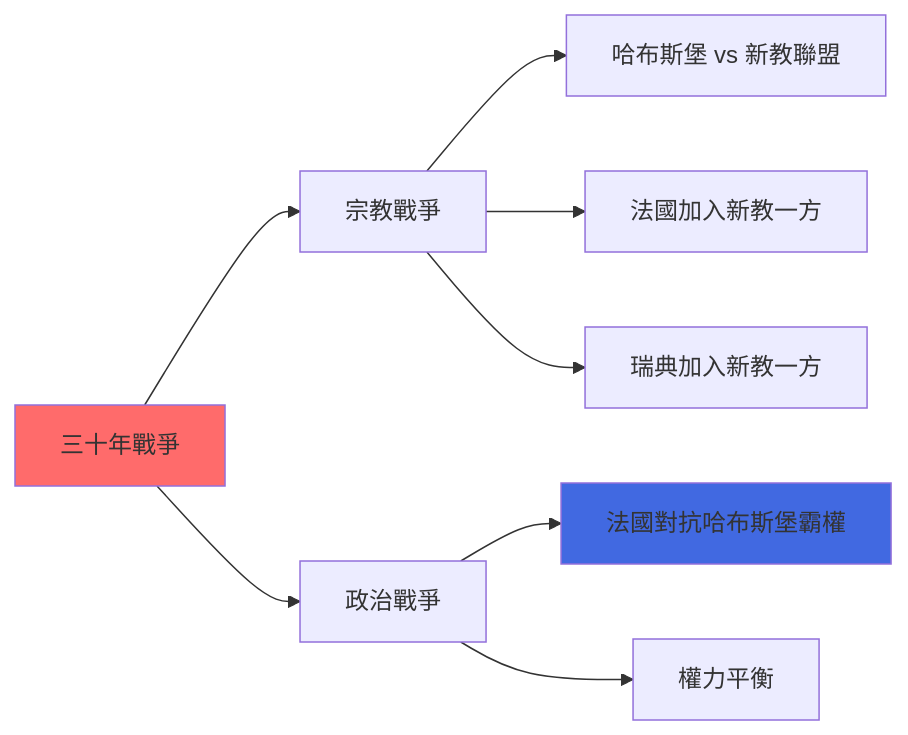
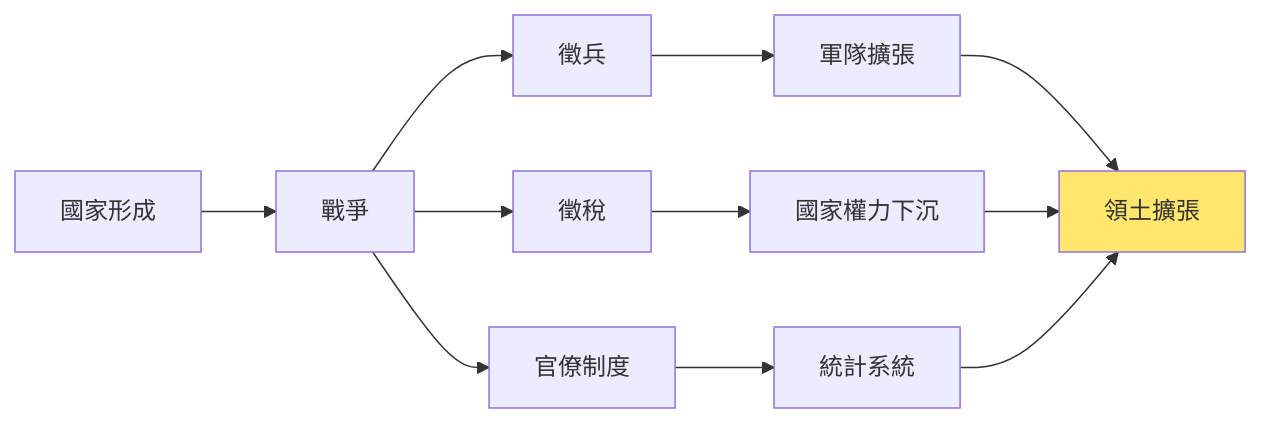
Before and after one commit to yip-lgtm/HKU-Harvard-History-Self-Study: the third of 10 diagrams in 01_HKU_Courses/HIST2079_Early_modern_Europe.md, drawn with Mermaid. The commit also changed other lines of this file and 25 other files, not shown here.

````diff
--- a/01_HKU_Courses/HIST2079_Early_modern_Europe.md
+++ b/01_HKU_Courses/HIST2079_Early_modern_Europe.md
@@ -157,12 +190,14 @@
 ```mermaid
 graph LR
-    A["三十年戰爭"] --> B["宗教戰爭"]
-    B --> C["哈布斯堡 vs 新教聯盟"]
-    B --> D["法國加入新教一方"]
-    B --> E["瑞典加入新教一方"]
-    A --> F["政治戰爭"]
-    F --> G["法國對抗哈布斯堡霸權"]
-    F --> H["權力平衡"]
-    style A fill:#FF6B6B
-    style G fill:#4169E1
+    A["國家形成"] --> B["戰爭"]
+    B --> C["徵兵"]
+    B --> D["徵稅"]
+    B --> E["官僚制度"]
+    C --> F["軍隊擴張"]
+    D --> G["國家權力下沉"]
+    E --> H["統計系統"]
+    F --> I["領土擴張"]
+    G --> I
+    H --> I
+    style I fill:#FFE66D
 ```
````
